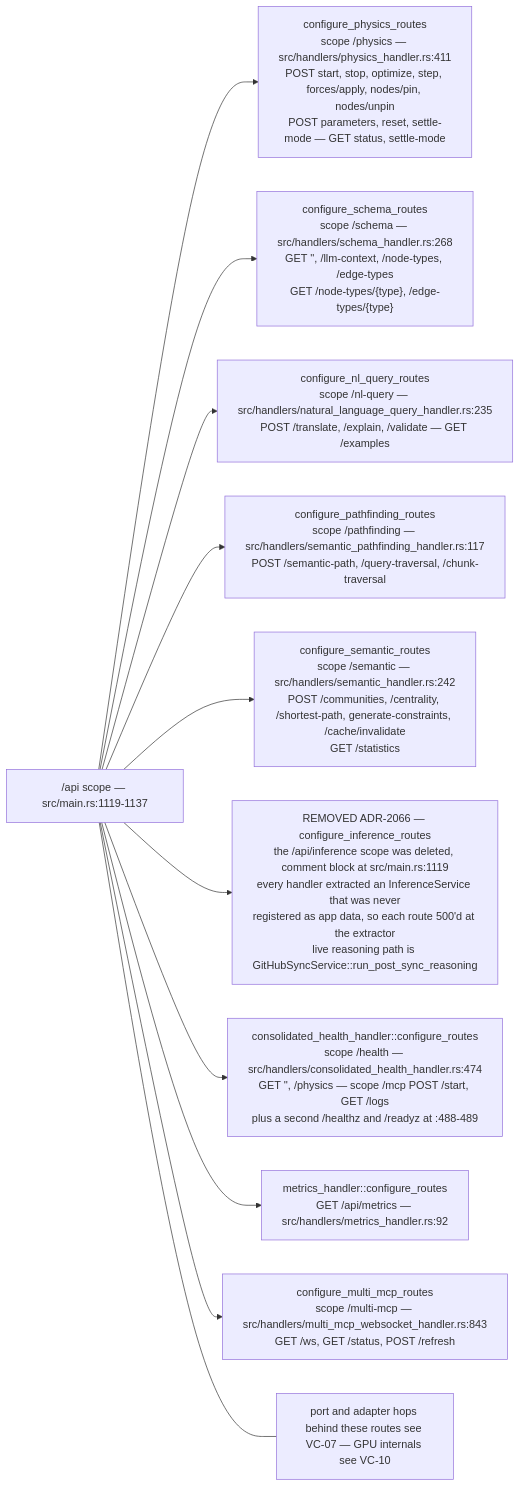
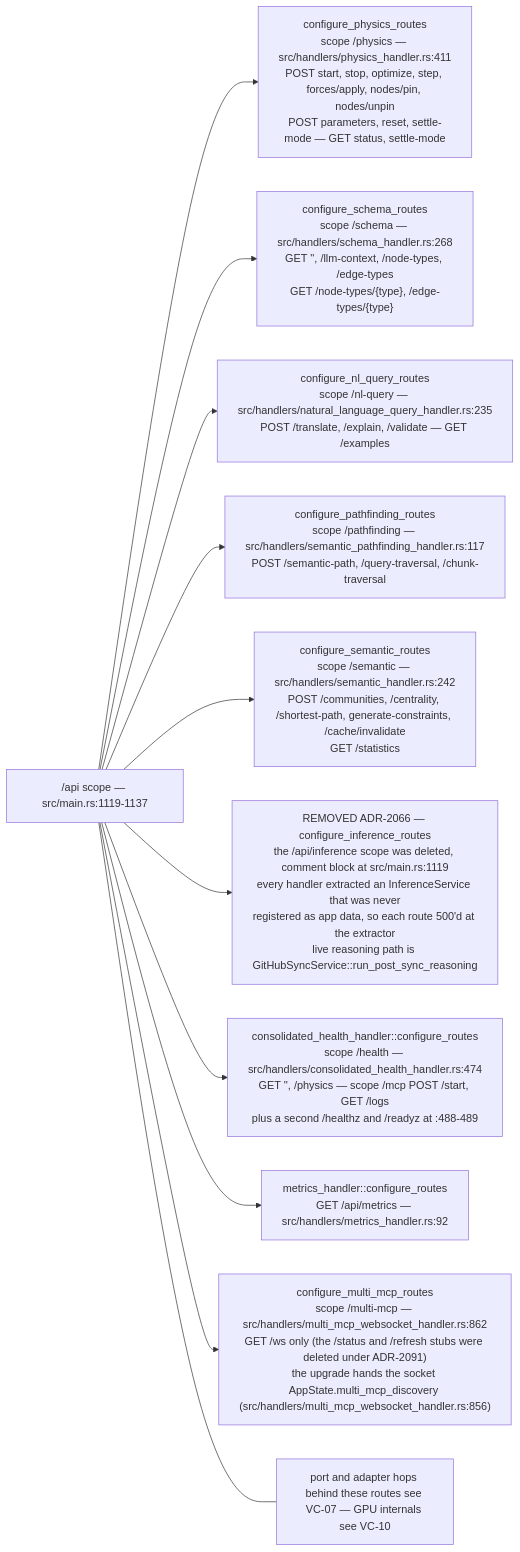
Before and after one commit to DreamLab-AI/VisionFlow: the tenth of 13 diagrams in docs/diagrams/visionclaw/01-boot-and-app-state.md, drawn with Mermaid. The commit also changed other lines of this file and 8 other files, not shown here.

Commit message:
docs(diagrams): multi-MCP discovery is real; re-stamp visionclaw 01/03/05/09/27 and estate/02

````diff
--- a/docs/diagrams/visionclaw/01-boot-and-app-state.md
+++ b/docs/diagrams/visionclaw/01-boot-and-app-state.md
@@ -409,15 +412,15 @@
 ```mermaid
 flowchart LR
     S["/api scope — src/main.rs:1119-1137"]
     S --> P["configure_physics_routes<br/>scope /physics — src/handlers/physics_handler.rs:411<br/>POST start, stop, optimize, step, forces/apply, nodes/pin, nodes/unpin<br/>POST parameters, reset, settle-mode — GET status, settle-mode"]
     S --> SC["configure_schema_routes<br/>scope /schema — src/handlers/schema_handler.rs:268<br/>GET '', /llm-context, /node-types, /edge-types<br/>GET /node-types/{type}, /edge-types/{type}"]
     S --> NL["configure_nl_query_routes<br/>scope /nl-query — src/handlers/natural_language_query_handler.rs:235<br/>POST /translate, /explain, /validate — GET /examples"]
     S --> PF["configure_pathfinding_routes<br/>scope /pathfinding — src/handlers/semantic_pathfinding_handler.rs:117<br/>POST /semantic-path, /query-traversal, /chunk-traversal"]
     S --> SM["configure_semantic_routes<br/>scope /semantic — src/handlers/semantic_handler.rs:242<br/>POST /communities, /centrality, /shortest-path, generate-constraints, /cache/invalidate<br/>GET /statistics"]
     S --> IN["REMOVED ADR-2066 — configure_inference_routes<br/>the /api/inference scope was deleted, comment block at src/main.rs:1119<br/>every handler extracted an InferenceService that was never<br/>registered as app data, so each route 500'd at the extractor<br/>live reasoning path is GitHubSyncService::run_post_sync_reasoning"]
     S --> HE["consolidated_health_handler::configure_routes<br/>scope /health — src/handlers/consolidated_health_handler.rs:474<br/>GET '', /physics — scope /mcp POST /start, GET /logs<br/>plus a second /healthz and /readyz at :488-489"]
     S --> ME["metrics_handler::configure_routes<br/>GET /api/metrics — src/handlers/metrics_handler.rs:92"]
-    S --> MM["configure_multi_mcp_routes<br/>scope /multi-mcp — src/handlers/multi_mcp_websocket_handler.rs:843<br/>GET /ws, GET /status, POST /refresh"]
+    S --> MM["configure_multi_mcp_routes<br/>scope /multi-mcp — src/handlers/multi_mcp_websocket_handler.rs:862<br/>GET /ws only (the /status and /refresh stubs were deleted under ADR-2091)<br/>the upgrade hands the socket AppState.multi_mcp_discovery (src/handlers/multi_mcp_websocket_handler.rs:856)"]
     N["port and adapter hops behind these routes see VC-07 — GPU internals see VC-10"]
     S --- N
 ```
````
